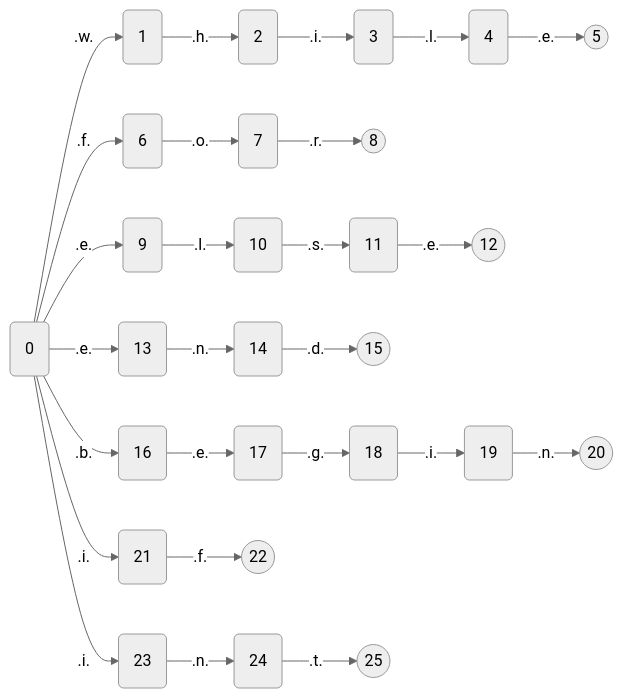
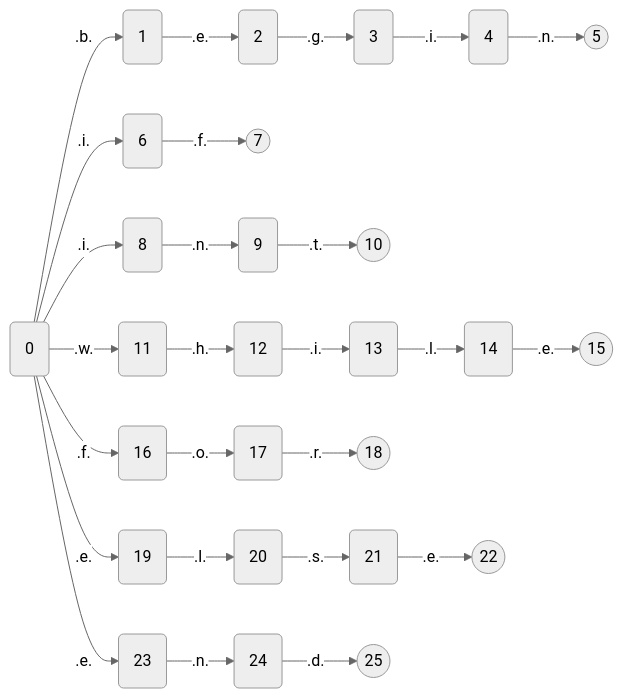
One commit to Lxy417165709/translater changed the diagram in doc/gen/LexicalInformation/stateMachine/W 状态机.md. Above: the diagram before and after it, drawn with Mermaid (neutral theme). The commit also changed 24 other files, not shown here.

````diff
--- a/doc/gen/LexicalInformation/stateMachine/W 状态机.md
+++ b/doc/gen/LexicalInformation/stateMachine/W 状态机.md
@@ -1,28 +1,28 @@
 ```mermaid
 graph LR
-id:4(4) -- .e. --> id:5((5))
-id:3(3) -- .l. --> id:4(4)
-id:2(2) -- .i. --> id:3(3)
-id:1(1) -- .h. --> id:2(2)
-id:0(0) -- .w. --> id:1(1)
-id:7(7) -- .r. --> id:8((8))
-id:6(6) -- .o. --> id:7(7)
-id:0(0) -- .f. --> id:6(6)
-id:11(11) -- .e. --> id:12((12))
-id:10(10) -- .s. --> id:11(11)
-id:9(9) -- .l. --> id:10(10)
-id:0(0) -- .e. --> id:9(9)
-id:14(14) -- .d. --> id:15((15))
-id:13(13) -- .n. --> id:14(14)
-id:0(0) -- .e. --> id:13(13)
-id:19(19) -- .n. --> id:20((20))
-id:18(18) -- .i. --> id:19(19)
-id:17(17) -- .g. --> id:18(18)
-id:16(16) -- .e. --> id:17(17)
-id:0(0) -- .b. --> id:16(16)
-id:21(21) -- .f. --> id:22((22))
-id:0(0) -- .i. --> id:21(21)
-id:24(24) -- .t. --> id:25((25))
+id:4(4) -- .n. --> id:5((5))
+id:3(3) -- .i. --> id:4(4)
+id:2(2) -- .g. --> id:3(3)
+id:1(1) -- .e. --> id:2(2)
+id:0(0) -- .b. --> id:1(1)
+id:6(6) -- .f. --> id:7((7))
+id:0(0) -- .i. --> id:6(6)
+id:9(9) -- .t. --> id:10((10))
+id:8(8) -- .n. --> id:9(9)
+id:0(0) -- .i. --> id:8(8)
+id:14(14) -- .e. --> id:15((15))
+id:13(13) -- .l. --> id:14(14)
+id:12(12) -- .i. --> id:13(13)
+id:11(11) -- .h. --> id:12(12)
+id:0(0) -- .w. --> id:11(11)
+id:17(17) -- .r. --> id:18((18))
+id:16(16) -- .o. --> id:17(17)
+id:0(0) -- .f. --> id:16(16)
+id:21(21) -- .e. --> id:22((22))
+id:20(20) -- .s. --> id:21(21)
+id:19(19) -- .l. --> id:20(20)
+id:0(0) -- .e. --> id:19(19)
+id:24(24) -- .d. --> id:25((25))
 id:23(23) -- .n. --> id:24(24)
-id:0(0) -- .i. --> id:23(23)
+id:0(0) -- .e. --> id:23(23)
 ```
````
